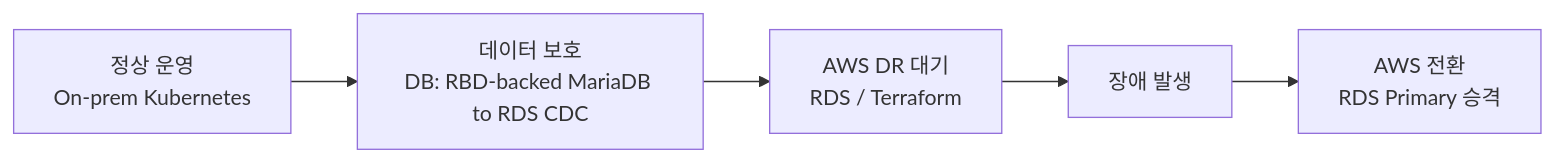
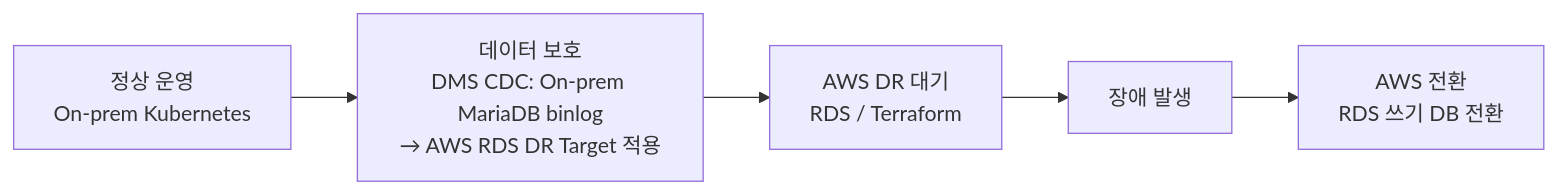
One commit to KOSA-Team-Snow/Docs changed the eighth of 8 diagrams in database-backup-monitoring/데이터베이스-백업-모니터링-구조-설계도.md. Above: the diagram before and after it, drawn with Mermaid. The commit also changed other lines of this file, not shown here.

````diff
--- a/database-backup-monitoring/데이터베이스-백업-모니터링-구조-설계도.md
+++ b/database-backup-monitoring/데이터베이스-백업-모니터링-구조-설계도.md
@@ -300,13 +304,13 @@
 ```mermaid
 flowchart LR
     normal[정상 운영<br/>On-prem Kubernetes]
-    data[데이터 보호<br/>DB: RBD-backed MariaDB to RDS CDC]
+    data[데이터 보호<br/>DMS CDC: On-prem MariaDB binlog<br/>→ AWS RDS DR Target 적용]
     ready[AWS DR 대기<br/>RDS / Terraform]
     disaster[장애 발생]
-    cloud[AWS 전환<br/>RDS Primary 승격]
+    cloud[AWS 전환<br/>RDS 쓰기 DB 전환]
 
     normal --> data
     data --> ready
     ready --> disaster
     disaster --> cloud
 ```
````
